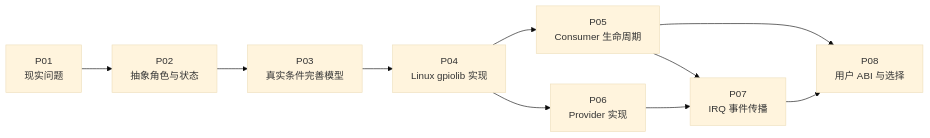
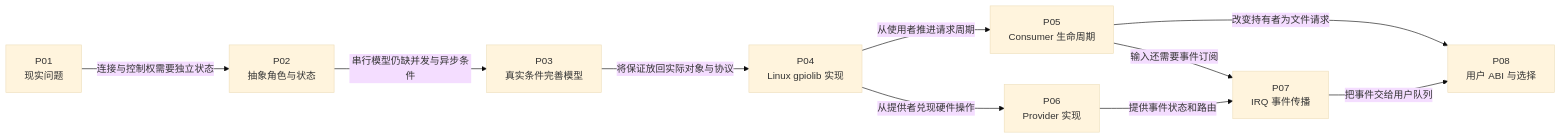
Before and after one commit to FormingSystem/linux_note: the diagram in knowledge/driver_model/gpio/大纲.md, drawn with Mermaid (base theme). The commit also changed other lines of this file and 5 other files, not shown here.

````diff
--- a/knowledge/driver_model/gpio/大纲.md
+++ b/knowledge/driver_model/gpio/大纲.md
@@ -34,12 +34,12 @@
 ```mermaid
 flowchart LR
-    P1[P01<br/>现实问题] --> P2[P02<br/>抽象角色与状态]
-    P2 --> P3[P03<br/>真实条件完善模型]
-    P3 --> P4[P04<br/>Linux gpiolib 实现]
-    P4 --> P5[P05<br/>Consumer 生命周期]
-    P4 --> P6[P06<br/>Provider 实现]
-    P5 --> P7[P07<br/>IRQ 事件传播]
-    P6 --> P7
-    P5 --> P8[P08<br/>用户 ABI 与选择]
-    P7 --> P8
+    P1[P01<br/>现实问题] -->|连接与控制权需要独立状态| P2[P02<br/>抽象角色与状态]
+    P2 -->|串行模型仍缺并发与异步条件| P3[P03<br/>真实条件完善模型]
+    P3 -->|将保证放回实际对象与协议| P4[P04<br/>Linux gpiolib 实现]
+    P4 -->|从使用者推进请求周期| P5[P05<br/>Consumer 生命周期]
+    P4 -->|从提供者兑现硬件操作| P6[P06<br/>Provider 实现]
+    P5 -->|输入还需要事件订阅| P7[P07<br/>IRQ 事件传播]
+    P6 -->|提供事件状态和路由| P7
+    P5 -->|改变持有者为文件请求| P8[P08<br/>用户 ABI 与选择]
+    P7 -->|把事件交给用户队列| P8
 ```
````
